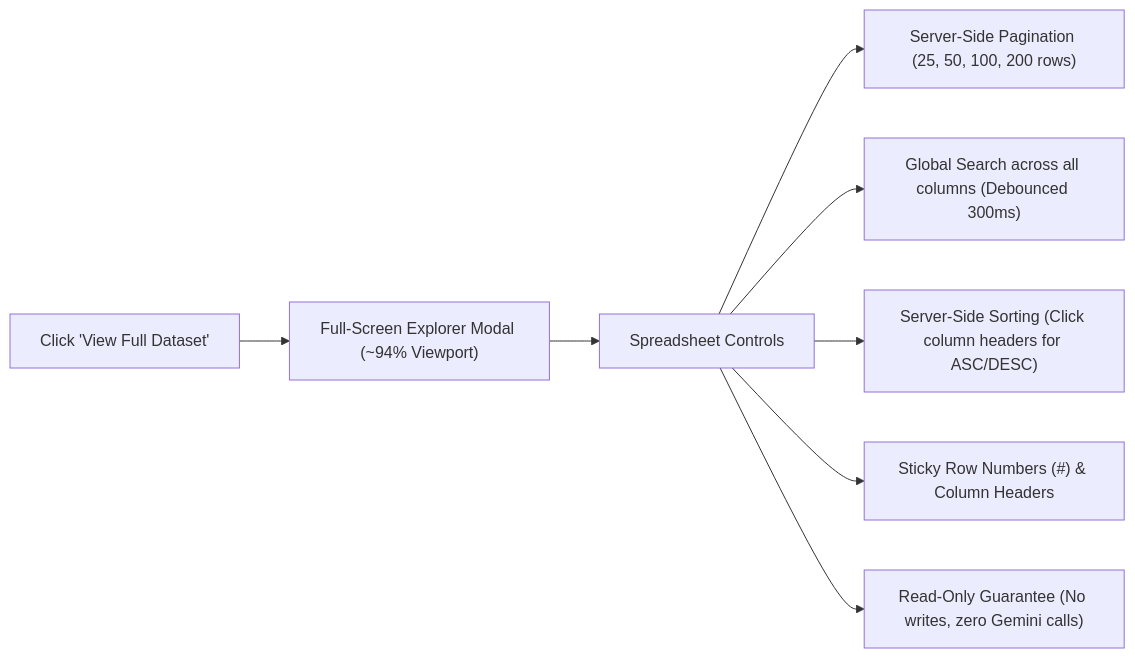
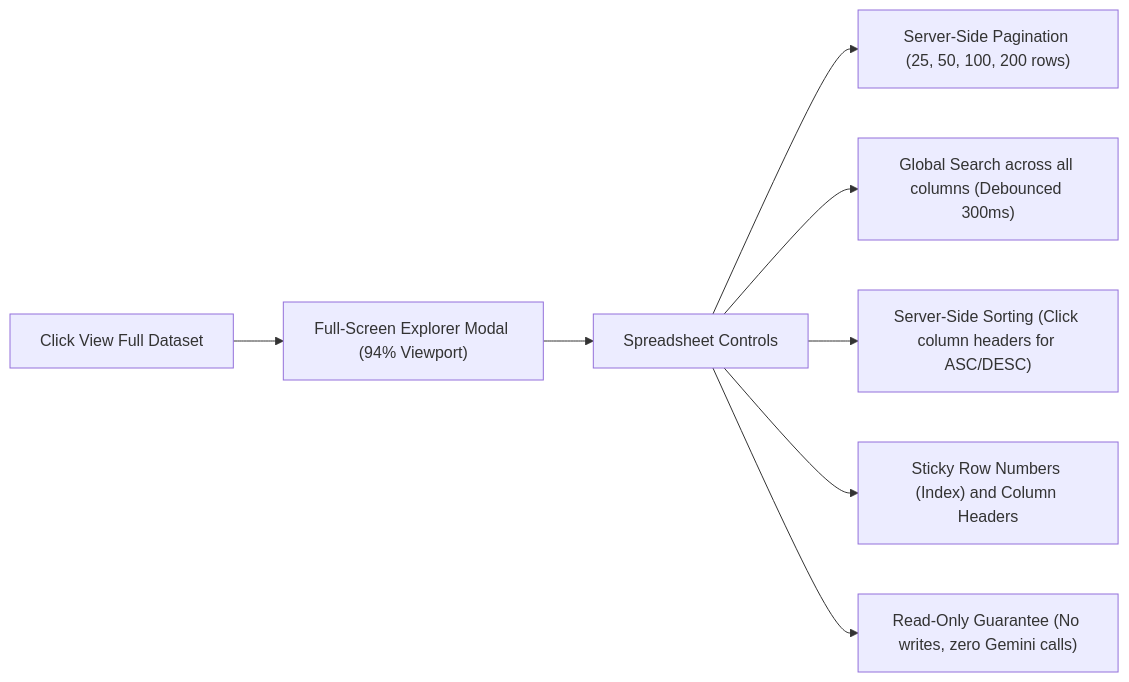
One commit to sankaran-s2001/VoiceCSV-Analytics-Agent changed the sixth of 8 diagrams in README.md. Above: the diagram before and after it, drawn with Mermaid. The commit also changed other lines of this file, not shown here.

Commit message:
fix(docs): resolve GitHub Mermaid diagram rendering errors and unescaped characters

````diff
--- a/README.md
+++ b/README.md
@@ -862,10 +862,10 @@
 ```mermaid
 flowchart LR
-    Open["Click 'View Full Dataset'"] --> Modal["Full-Screen Explorer Modal (~94% Viewport)"]
+    Open["Click View Full Dataset"] --> Modal["Full-Screen Explorer Modal (94% Viewport)"]
     Modal --> Features["Spreadsheet Controls"]
     Features --> S1["Server-Side Pagination (25, 50, 100, 200 rows)"]
     Features --> S2["Global Search across all columns (Debounced 300ms)"]
     Features --> S3["Server-Side Sorting (Click column headers for ASC/DESC)"]
-    Features --> S4["Sticky Row Numbers (#) & Column Headers"]
+    Features --> S4["Sticky Row Numbers (Index) and Column Headers"]
     Features --> S5["Read-Only Guarantee (No writes, zero Gemini calls)"]
 ```
````
